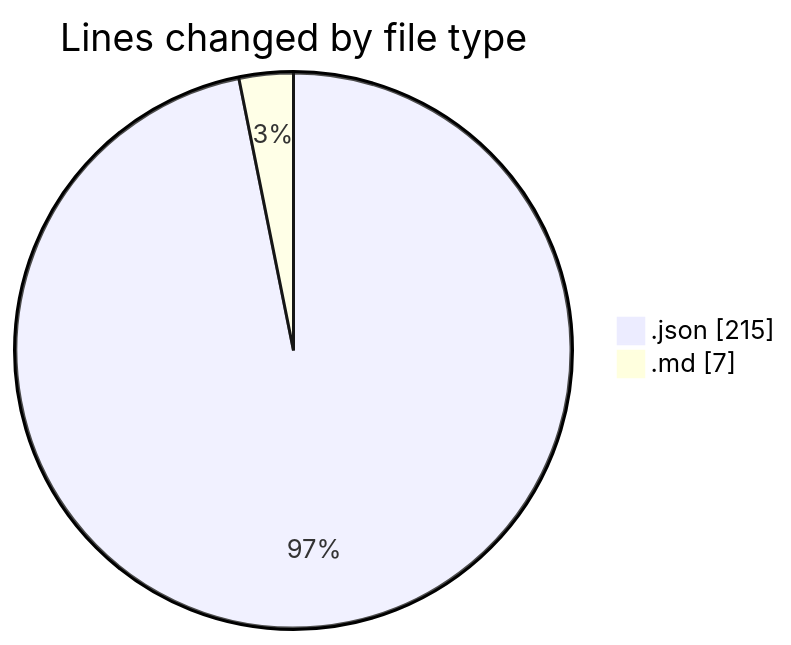
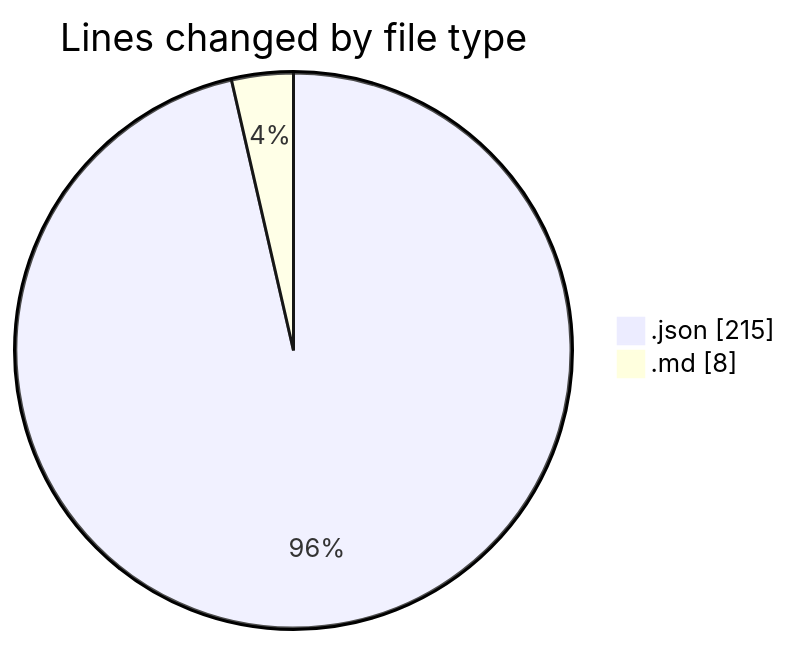
The first of 2 diagrams in 2025-07-10/urlwebwala_intership_work/README.md (Ritupan-Deka/code-tracking), drawn with Mermaid before and after one commit. The commit also changed other lines of this file and 1 other file, not shown here.

````diff
--- a/2025-07-10/urlwebwala_intership_work/README.md
+++ b/2025-07-10/urlwebwala_intership_work/README.md
@@ -21,6 +21,6 @@
 ```mermaid
 pie showData
 title Lines changed by file type
 ".json" : 215
-".md" : 7
+".md" : 8
 ```
````
